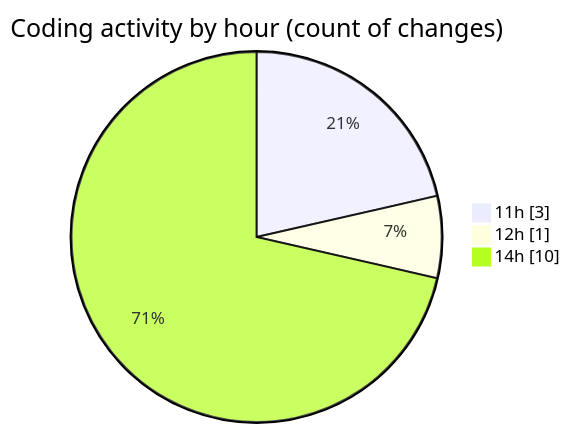
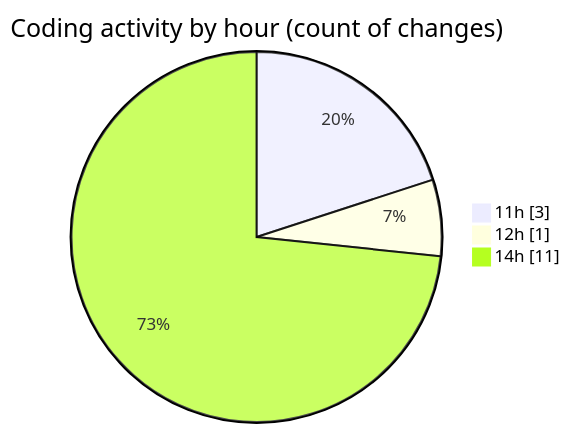
The second of 2 diagrams in 2026-04-24/cilapp/README.md (ricardozamudiocil/code-tracking), drawn with Mermaid before and after one commit. The commit also changed other lines of this file and 1 other file, not shown here.

````diff
--- a/2026-04-24/cilapp/README.md
+++ b/2026-04-24/cilapp/README.md
@@ -33,7 +33,7 @@
 ```mermaid
 pie showData
 title Coding activity by hour (count of changes)
 "11h" : 3
 "12h" : 1
-"14h" : 10
+"14h" : 11
 ```
````
